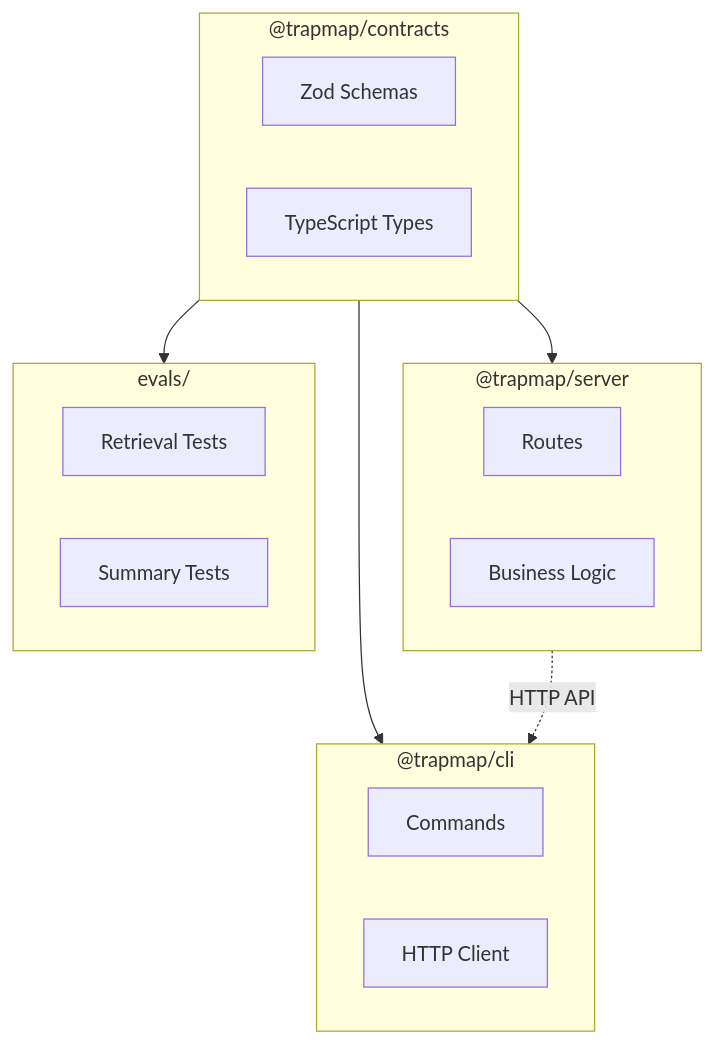
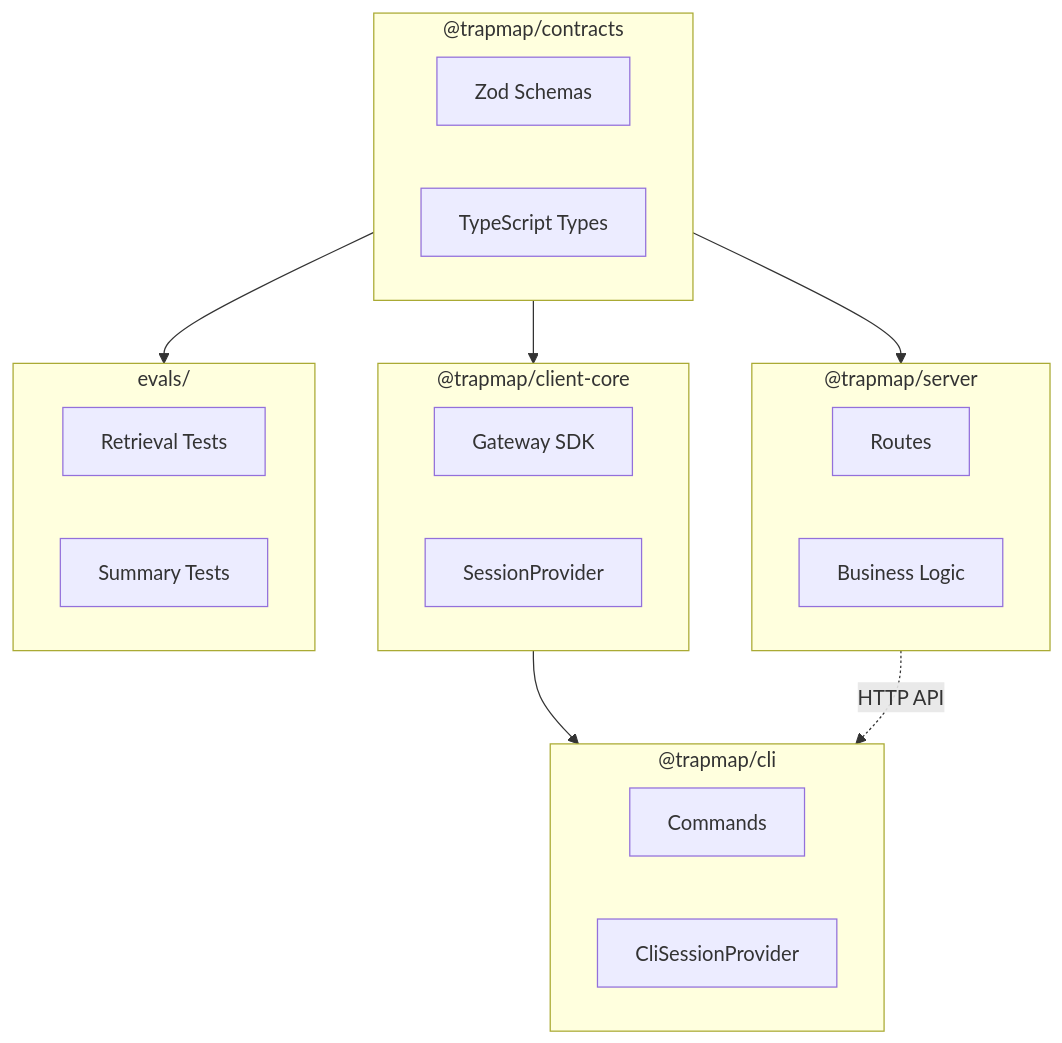
The diagram in docs/PACKAGES.md (pofossette/TrapMap-for-vibing), drawn with Mermaid before and after one commit. The commit also changed other lines of this file and 118 other files, not shown here.

````diff
--- a/docs/PACKAGES.md
+++ b/docs/PACKAGES.md
@@ -297,28 +316,34 @@
 ```mermaid
 flowchart TB
     subgraph 契约包["@trapmap/contracts"]
         Zod["Zod Schemas"]
         Types["TypeScript Types"]
+    end
+
+    subgraph 客户端内核["@trapmap/client-core"]
+        Gateway["Gateway SDK"]
+        Session["SessionProvider"]
     end
 
     subgraph 服务器包["@trapmap/server"]
         Routes["Routes"]
         Lib["Business Logic"]
     end
 
     subgraph CLI包["@trapmap/cli"]
         Commands["Commands"]
-        HTTP["HTTP Client"]
+        Adapter["CliSessionProvider"]
     end
 
     契约包 --> 服务器包
-    契约包 --> CLI包
+    契约包 --> 客户端内核
+    客户端内核 --> CLI包
     服务器包 -. "HTTP API" .-> CLI包
 
     subgraph 评测包["evals/"]
         Retrieval["Retrieval Tests"]
         Summary["Summary Tests"]
     end
 
     契约包 --> 评测包
 ```
````
